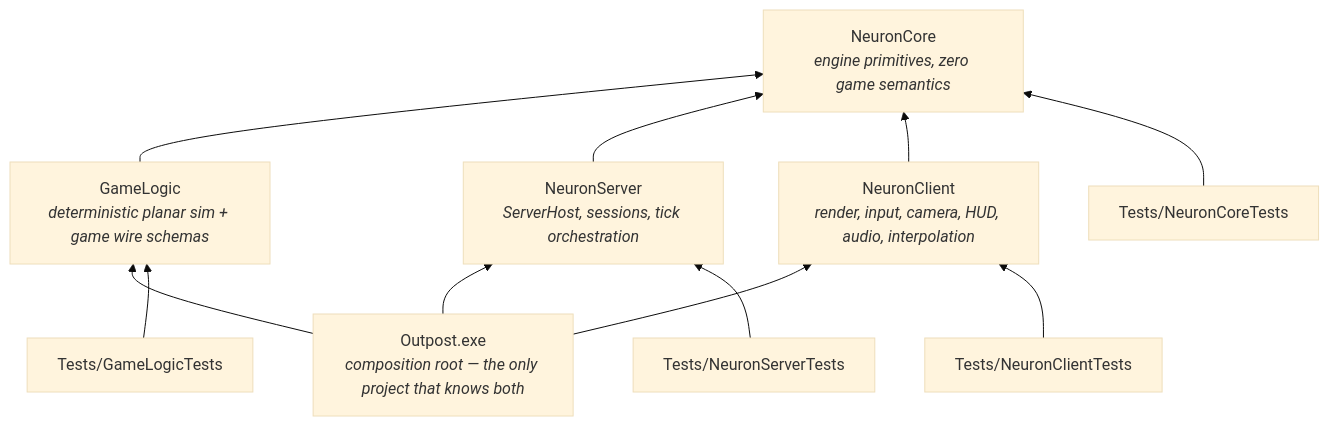
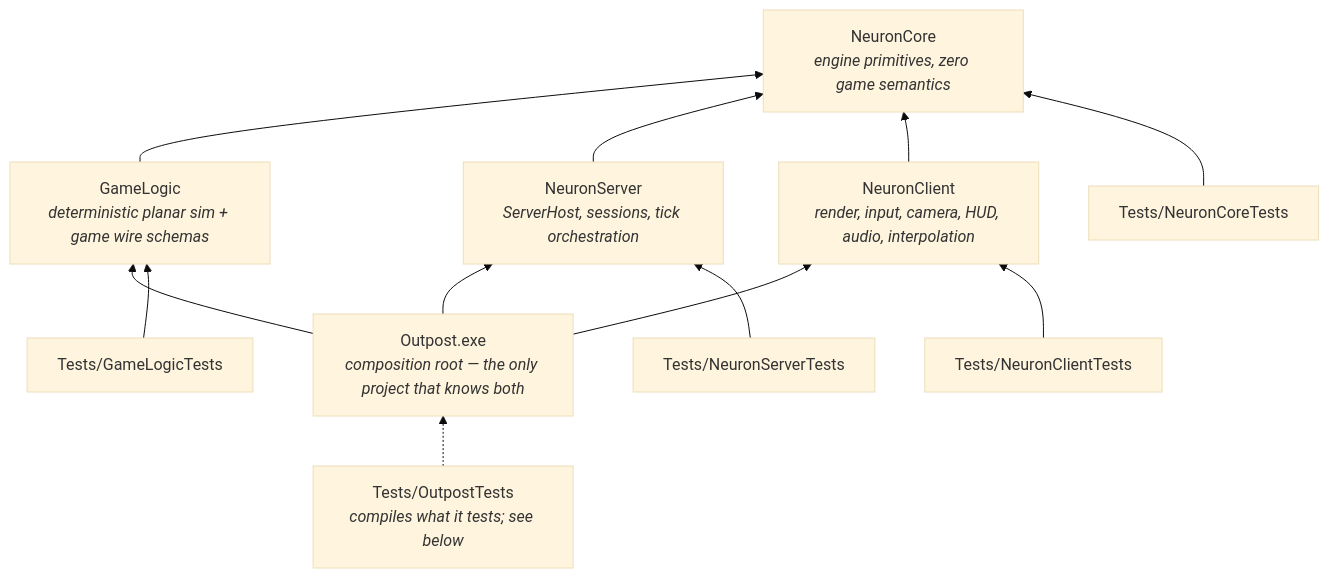
One commit to Zwaliebaba/Outpost.Frontier changed the diagram in Design/Dependency-Map.md. Above: the diagram before and after it, drawn with Mermaid (base theme). The commit also changed other lines of this file and 9 other files, not shown here.

````diff
--- a/Design/Dependency-Map.md
+++ b/Design/Dependency-Map.md
@@ -16,14 +16,15 @@
 ```mermaid
 flowchart BT
     NC["NeuronCore<br/><i>engine primitives, zero game semantics</i>"]
     GL["GameLogic<br/><i>deterministic planar sim + game wire schemas</i>"] --> NC
     NS["NeuronServer<br/><i>ServerHost, sessions, tick orchestration</i>"] --> NC
     NCL["NeuronClient<br/><i>render, input, camera, HUD, audio, interpolation</i>"] --> NC
     EXE["Outpost.exe<br/><i>composition root — the only project that knows both</i>"] --> NS
     EXE --> NCL
     EXE --> GL
     TGL["Tests/GameLogicTests"] --> GL
     TNC["Tests/NeuronCoreTests"] --> NC
     TNS["Tests/NeuronServerTests"] --> NS
     TNCL["Tests/NeuronClientTests"] --> NCL
+    TEXE["Tests/OutpostTests<br/><i>compiles what it tests; see below</i>"] -.-> EXE
 ```
````
